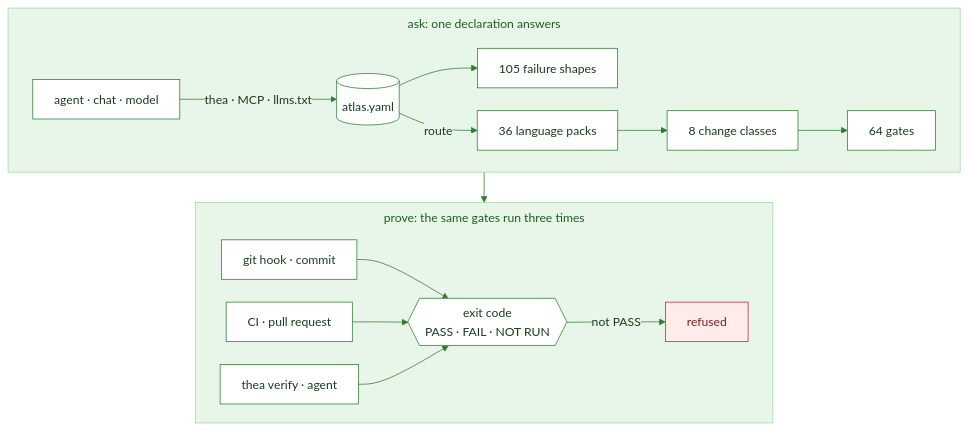
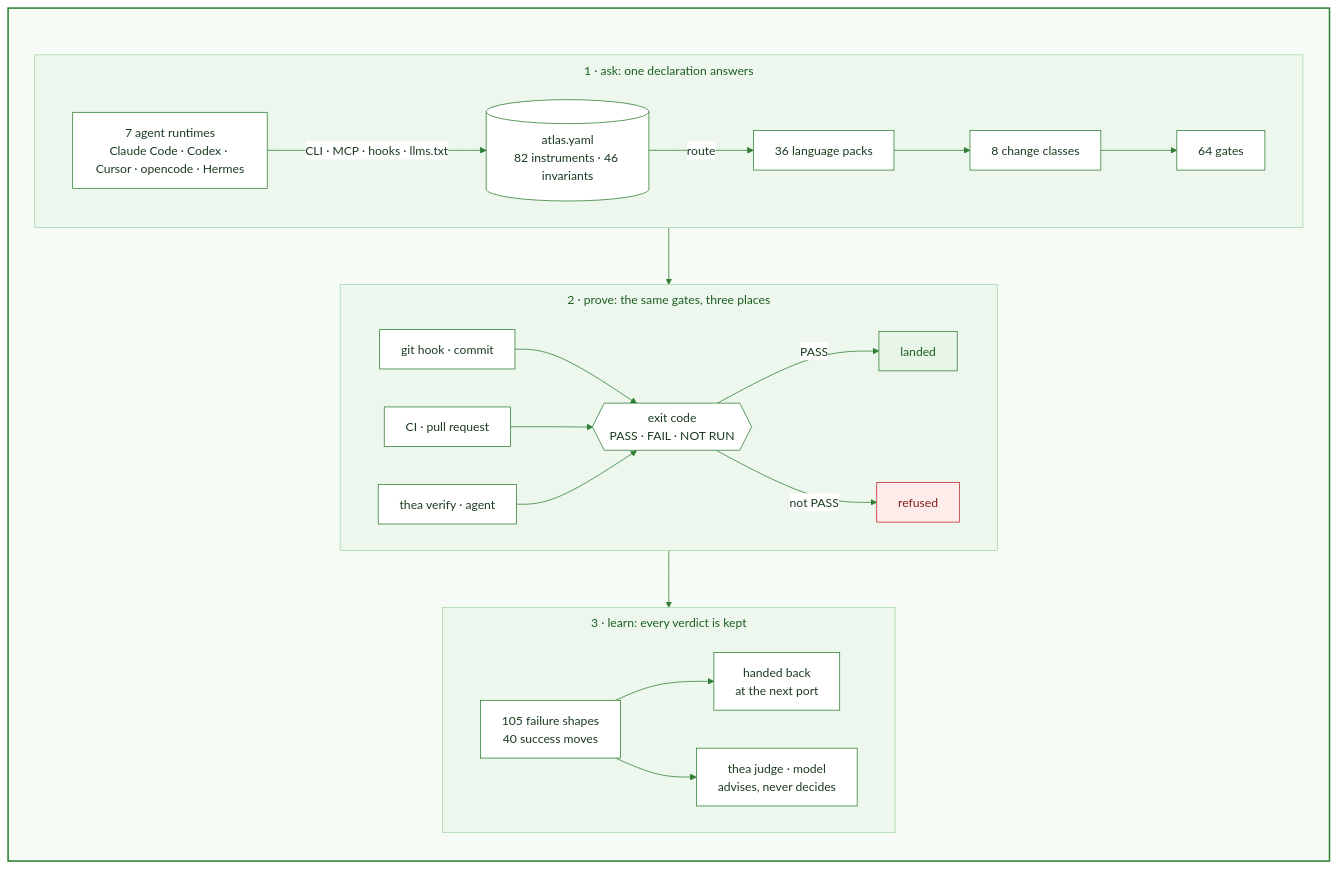
One commit to HLIntel/Headron changed the diagram in README.md. Above: the diagram before and after it, drawn with Mermaid. The commit also changed other lines of this file and 4 other files, not shown here.

First line of the commit message:
README: The Heartland Engineering Atlas title back; the proof flow is one light card, ask, prove, learn

````diff
--- a/README.md
+++ b/README.md
@@ -36,36 +39,45 @@
 ```mermaid
 ---
 config:
   theme: base
   themeVariables:
     primaryColor: "#ffffff"
     primaryBorderColor: "#2e7d32"
     primaryTextColor: "#1b3a1f"
     lineColor: "#2e7d32"
-    clusterBkg: "#e8f5e9"
+    clusterBkg: "#eef7ee"
     clusterBorder: "#a5d6a7"
     titleColor: "#1b5e20"
-    edgeLabelBackground: "#e8f5e9"
   flowchart:
     subGraphTitleMargin: {top: 8, bottom: 16}
-    nodeSpacing: 30
-    rankSpacing: 40
     padding: 14
 ---
 flowchart TB
   accTitle: How Thea proves a change
-  accDescr: an agent, chat or model asks through the thea CLI, MCP or llms.txt, atlas.yaml routes the file to 1 of 36 language packs and hands back 105 known failure shapes, 8 change classes select from 64 gates, the same check-only gates run at commit in a git hook, on the pull request in CI and in the agent's thea verify report, the exit code is the verdict PASS, FAIL or NOT RUN, and anything but PASS refuses the change
-  subgraph ask [ask: one declaration answers]
-    direction LR
-    A[agent · chat · model] -->|thea · MCP · llms.txt| D[(atlas.yaml)]
-    D --> L[105 failure shapes]
-    D -->|route| P[36 language packs] --> K[8 change classes] --> G[64 gates]
+  accDescr: 7 runtimes ask, atlas.yaml routes to 1 of 36 packs and 64 gates, the same gates run at commit, in CI and in thea verify, anything but PASS is refused, verdicts feed the failure and success ledgers, a trained judge only advises
+  subgraph thea [" "]
+    direction TB
+    subgraph ask [1 · ask: one declaration answers]
+      direction LR
+      A[7 agent runtimes<br>Claude Code · Codex · Cursor · opencode · Hermes] -->|CLI · MCP · hooks · llms.txt| D[(atlas.yaml<br>82 instruments · 46 invariants)]
+      D -->|route| P[36 language packs] --> K[8 change classes] --> G[64 gates]
+    end
+    subgraph run [2 · prove: the same gates, three places]
+      direction LR
+      H[git hook · commit] & C[CI · pull request] & R[thea verify · agent] --> V{{exit code<br>PASS · FAIL · NOT RUN}}
+      V -->|PASS| M[landed]
+      V -->|not PASS| X[refused]
+    end
+    subgraph learn [3 · learn: every verdict is kept]
+      direction LR
+      F[105 failure shapes<br>40 success moves] --> N[handed back<br>at the next port]
+      F --> J[thea judge · model<br>advises, never decides]
+    end
+    ask --> run --> learn
   end
-  subgraph run [prove: the same gates run three times]
-    direction LR
-    H[git hook · commit] & C[CI · pull request] & R[thea verify · agent] --> V{{exit code<br>PASS · FAIL · NOT RUN}} -->|not PASS| X[refused]
-  end
-  ask --> run
+  style thea fill:#f6fbf6,stroke:#2e7d32,stroke-width:2px
   classDef stop fill:#fdecea,stroke:#c62828,color:#7f1d1d
+  classDef go fill:#e8f5e9,stroke:#2e7d32,color:#1b5e20
   class X stop
+  class M go
 ```
````
